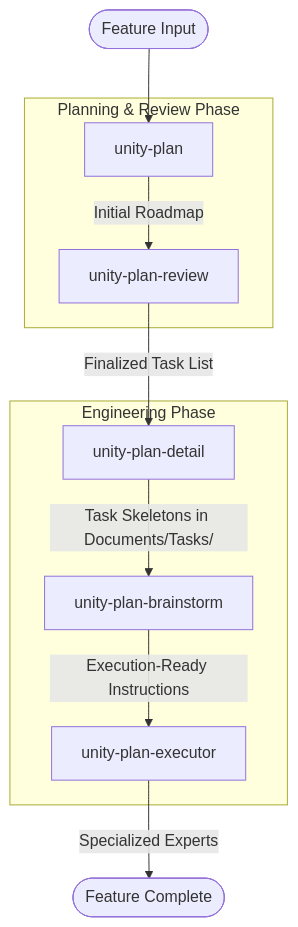
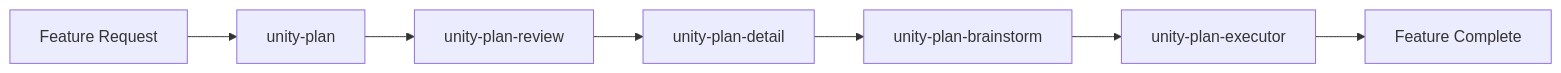
The diagram in README.md (cuozg/oh-my-unity), drawn with Mermaid before and after one commit. The commit also changed other lines of this file and 24 other files, not shown here.

````diff
--- a/README.md
+++ b/README.md
@@ -43,20 +99,9 @@
 ```mermaid
-graph TD
-    Input([Feature Input]) --> Plan[unity-plan]
-    Plan -->|Initial Roadmap| Review[unity-plan-review]
-    Review -->|Finalized Task List| Detail[unity-plan-detail]
-    Detail -->|Task Skeletons in Documents/Tasks/| Brainstorm[unity-plan-brainstorm]
-    Brainstorm -->|Execution-Ready Instructions| Executor[unity-plan-executor]
-    Executor -->|Specialized Experts| Done([Feature Complete])
-
-    subgraph "Planning & Review Phase"
-    Plan
-    Review
-    end
-
-    subgraph "Engineering Phase"
-    Detail
-    Brainstorm
-    Executor
-    end
+graph LR
+    A[Feature Request] --> B[unity-plan]
+    B --> C[unity-plan-review]
+    C --> D[unity-plan-detail]
+    D --> E[unity-plan-brainstorm]
+    E --> F[unity-plan-executor]
+    F --> G[Feature Complete]
 ```
````
